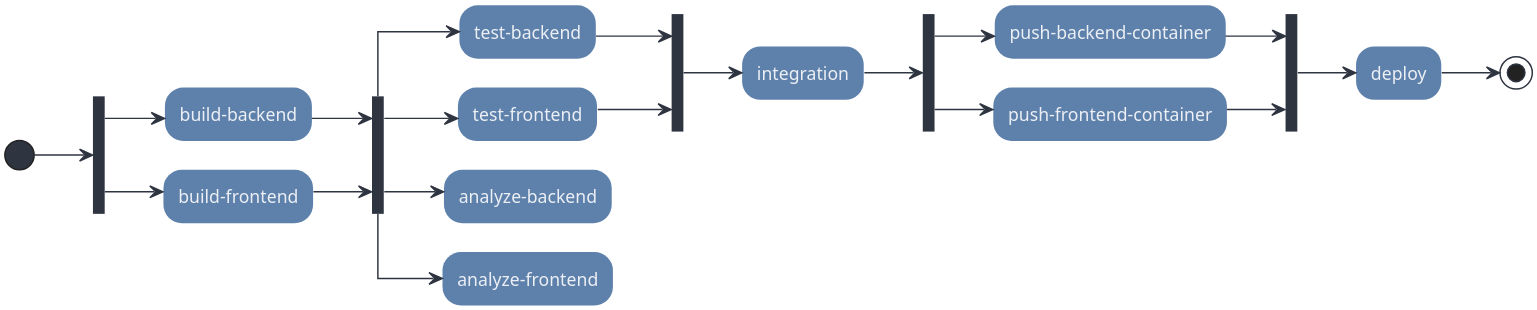
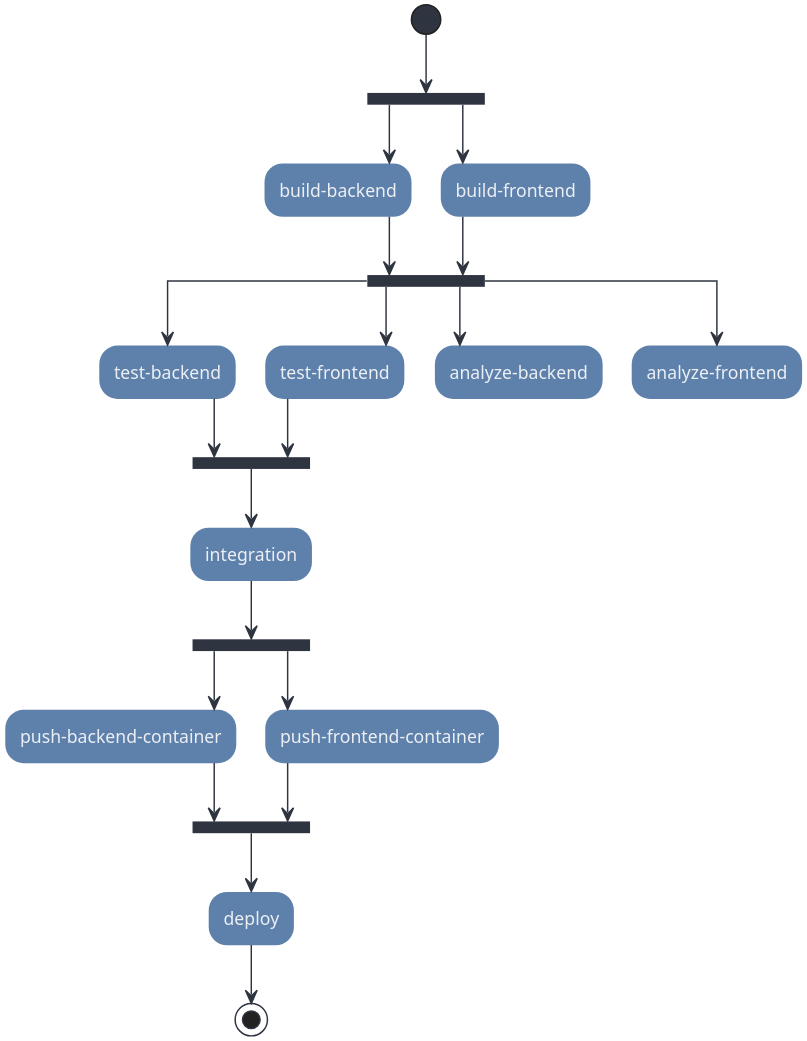
One commit to pse-parkview/Parkview changed the diagram in Presentation/PaRkTeX/img_src/ci_activity.puml. Above: the diagram before and after it, drawn with PlantUML. The commit also changed 1 other file, not shown here.

Commit message:
vertical diagram

```diff
--- a/Presentation/PaRkTeX/img_src/ci_activity.puml
+++ b/Presentation/PaRkTeX/img_src/ci_activity.puml
@@ -1,48 +1,48 @@
 @startuml
 
-left to right direction
+/' left to right direction '/
 
 skinparam linetype ortho
 skinparam shadowing false
 skinparam dpi 300
 skinparam backgroundColor transparent
 
 skinparam activity {
     ArrowColor #2E3440
     BarColor #2E3440
     EndColor #2E3440
     StartColor #2E3440
     BackgroundColor #5E81AC
     FontColor #ECEFF4
     BorderColor transparent
 }
 
 (*) --> ===b1===
 --> "build-backend"
 --> ===b2===
 
 
 ===b1=== --> "build-frontend"
 --> ===b2===
 
 ===b2=== --> "test-backend"
 --> ===b3===
 
 ===b2=== --> "test-frontend"
 --> ===b3===
 
 ===b2=== --> "analyze-backend"
 ===b2=== --> "analyze-frontend"
 
 ===b3=== --> "integration"
 --> ===b4===
 
 ===b4=== --> "push-backend-container"
 --> ===b5===
 ===b4=== --> "push-frontend-container"
 --> ===b5===
 
 --> "deploy"
 --> (*)
 
 @enduml
```
